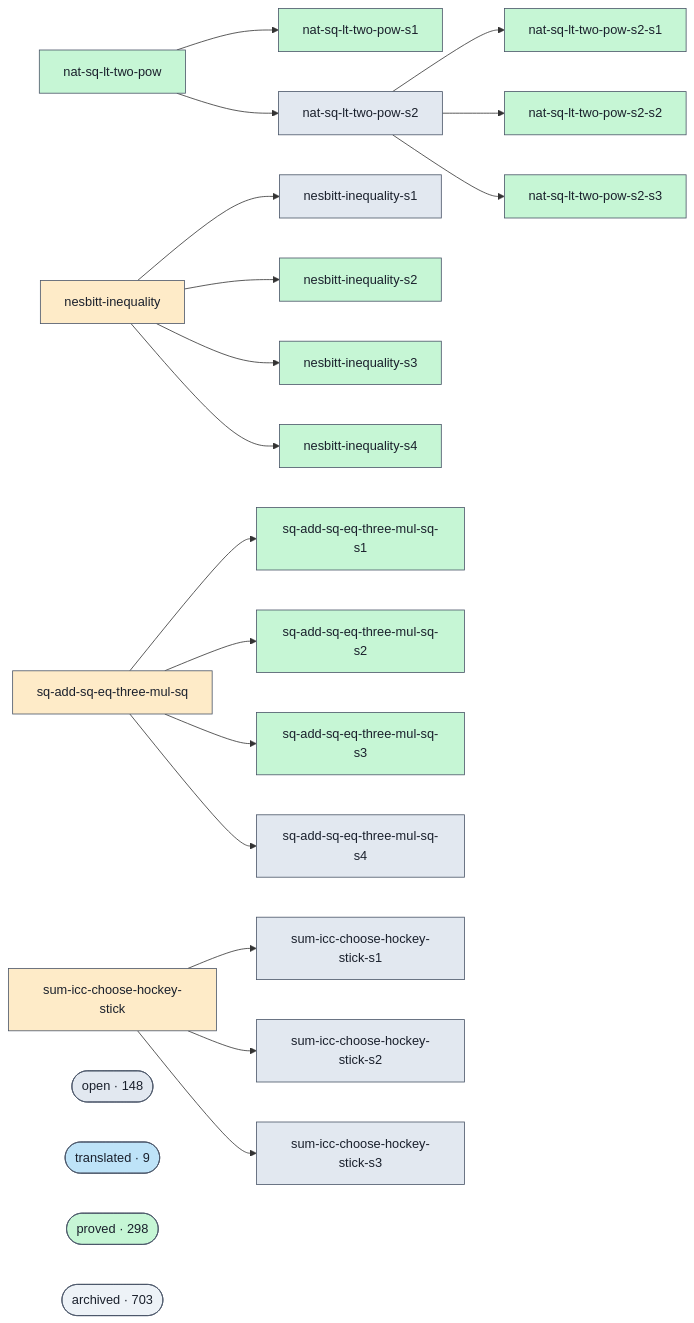
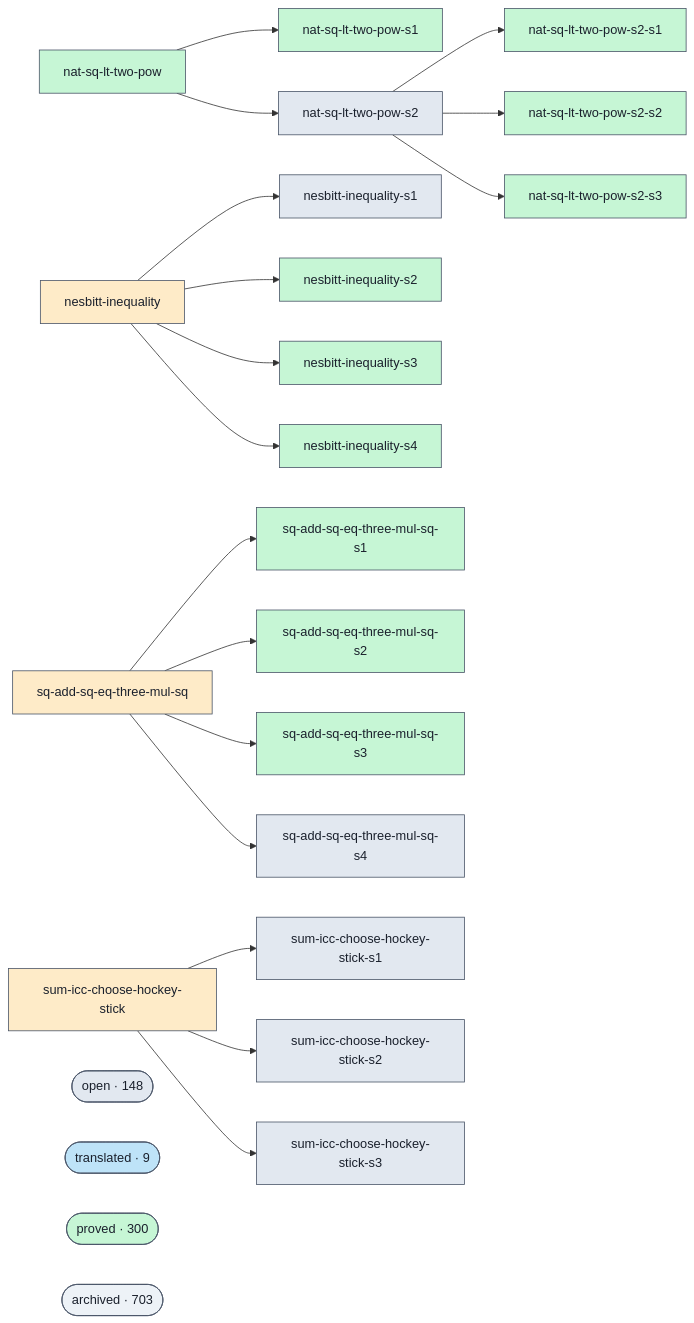
The diagram in docs/proofs-contributors-visualisation.md (Rauxon/unsorry), drawn with Mermaid before and after one commit. The commit also changed other lines of this file and 2 other files, not shown here.

```diff
--- a/docs/proofs-contributors-visualisation.md
+++ b/docs/proofs-contributors-visualisation.md
@@ -102,7 +102,7 @@
   class cluster_open open;
   cluster_translated(["translated · 9"])
   class cluster_translated translated;
-  cluster_proved(["proved · 298"])
+  cluster_proved(["proved · 300"])
   class cluster_proved proved;
   cluster_archived(["archived · 703"])
   class cluster_archived unknown;
```
